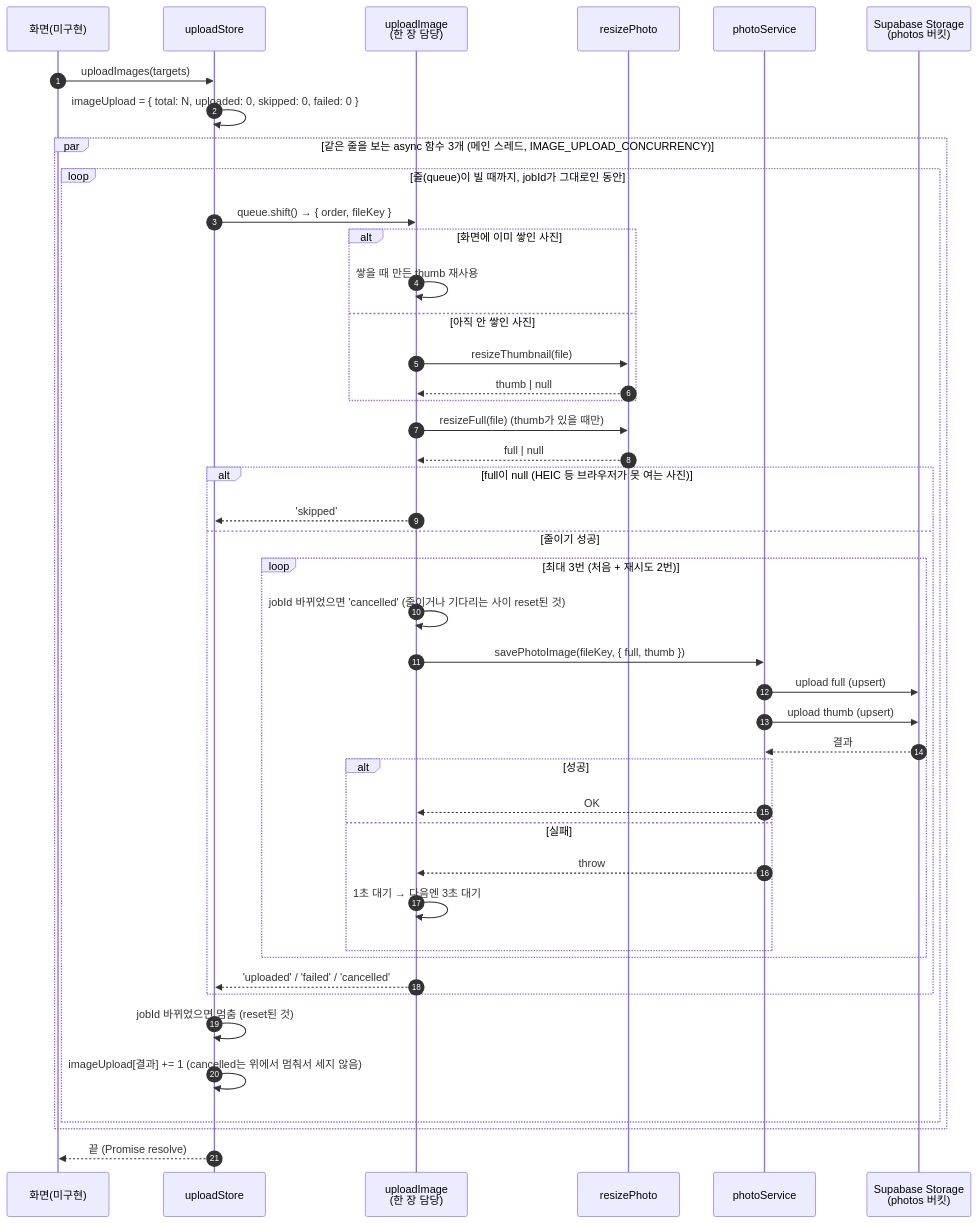
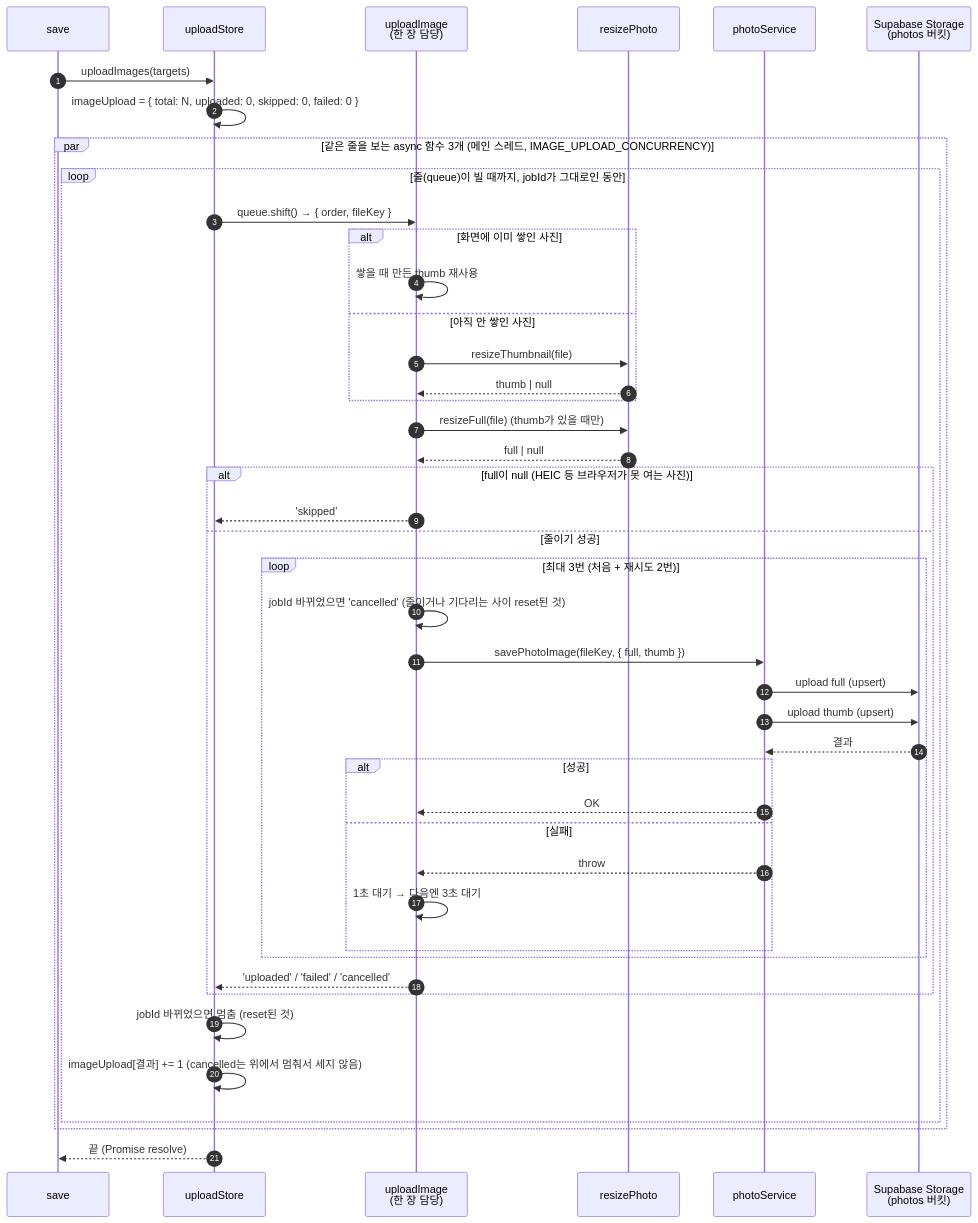
The second of 4 diagrams in docs/upload/IMAGE_UPLOAD_FLOW.md (2026-WebFW-1/danyeo-on), drawn with Mermaid before and after one commit. The commit also changed other lines of this file and 10 other files, not shown here.

````diff
--- a/docs/upload/IMAGE_UPLOAD_FLOW.md
+++ b/docs/upload/IMAGE_UPLOAD_FLOW.md
@@ -17,51 +52,51 @@
 ```mermaid
 sequenceDiagram
     autonumber
-    participant UI as 화면(미구현)
+    participant UI as save
     participant Store as uploadStore
     participant One as uploadImage<br/>(한 장 담당)
     participant Resize as resizePhoto
     participant Svc as photoService
     participant S3 as Supabase Storage<br/>(photos 버킷)
 
     UI->>Store: uploadImages(targets)
     Store->>Store: imageUpload = { total: N, uploaded: 0, skipped: 0, failed: 0 }
 
     par 같은 줄을 보는 async 함수 3개 (메인 스레드, IMAGE_UPLOAD_CONCURRENCY)
         loop 줄(queue)이 빌 때까지, jobId가 그대로인 동안
             Store->>One: queue.shift() → { order, fileKey }
             alt 화면에 이미 쌓인 사진
                 One->>One: 쌓을 때 만든 thumb 재사용
             else 아직 안 쌓인 사진
                 One->>Resize: resizeThumbnail(file)
                 Resize-->>One: thumb | null
             end
             One->>Resize: resizeFull(file) (thumb가 있을 때만)
             Resize-->>One: full | null
 
             alt full이 null (HEIC 등 브라우저가 못 여는 사진)
                 One-->>Store: 'skipped'
             else 줄이기 성공
                 loop 최대 3번 (처음 + 재시도 2번)
                     One->>One: jobId 바뀌었으면 'cancelled' (줄이거나 기다리는 사이 reset된 것)
                     One->>Svc: savePhotoImage(fileKey, { full, thumb })
                     Svc->>S3: upload full (upsert)
                     Svc->>S3: upload thumb (upsert)
                     S3-->>Svc: 결과
                     alt 성공
                         Svc-->>One: OK
                     else 실패
                         Svc-->>One: throw
                         One->>One: 1초 대기 → 다음엔 3초 대기
                     end
                 end
                 One-->>Store: 'uploaded' / 'failed' / 'cancelled'
             end
 
             Store->>Store: jobId 바뀌었으면 멈춤 (reset된 것)
             Store->>Store: imageUpload[결과] += 1 (cancelled는 위에서 멈춰서 세지 않음)
         end
     end
 
     Store-->>UI: 끝 (Promise resolve)
 ```
````
